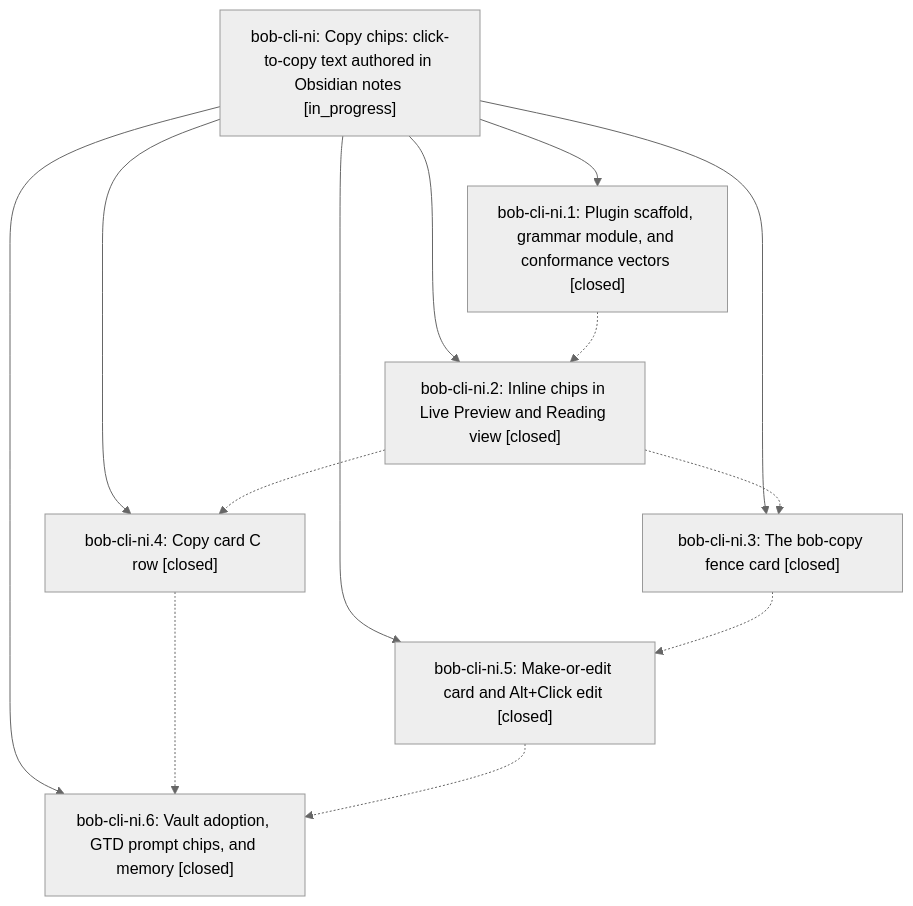
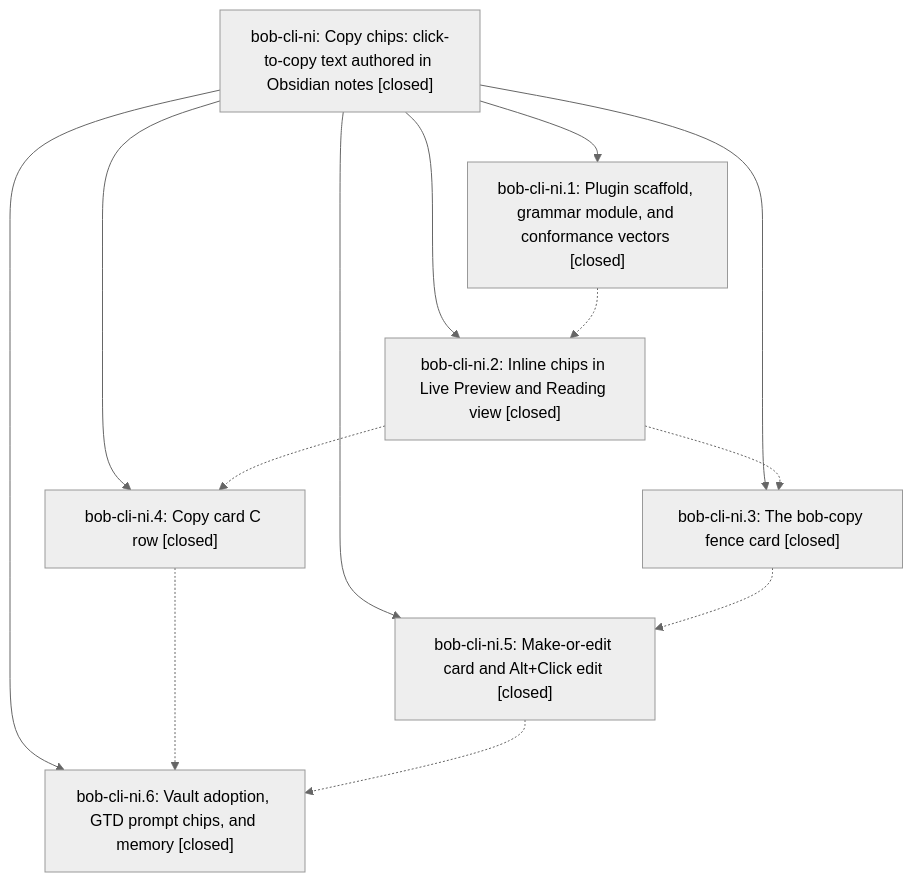
The diagram in pages/bob-cli-ni/README.md (bobs-org/bob-cli--beads), drawn with Mermaid (neutral theme) before and after one commit. The commit also changed other lines of this file and 2 other files, not shown here.

First line of the commit message:
chore(beads): sync bead state and pages for bob-cli-ni

````diff
--- a/pages/bob-cli-ni/README.md
+++ b/pages/bob-cli-ni/README.md
@@ -43,22 +49,22 @@
 ```mermaid
 flowchart TD
-    n0["bob-cli-ni: Copy chips: click-to-copy text authored in Obsidian notes [in_progress]"]
+    n0["bob-cli-ni: Copy chips: click-to-copy text authored in Obsidian notes [closed]"]
     n1["bob-cli-ni.1: Plugin scaffold, grammar module, and conformance vectors [closed]"]
     n2["bob-cli-ni.2: Inline chips in Live Preview and Reading view [closed]"]
     n3["bob-cli-ni.3: The bob-copy fence card [closed]"]
     n4["bob-cli-ni.4: Copy card C row [closed]"]
     n5["bob-cli-ni.5: Make-or-edit card and Alt+Click edit [closed]"]
     n6["bob-cli-ni.6: Vault adoption, GTD prompt chips, and memory [closed]"]
     n0 --> n1
     n0 --> n2
     n0 --> n3
     n0 --> n4
     n0 --> n5
     n0 --> n6
     n1 -.-> n2
     n2 -.-> n3
     n2 -.-> n4
     n3 -.-> n5
     n4 -.-> n6
     n5 -.-> n6
 ```
````
